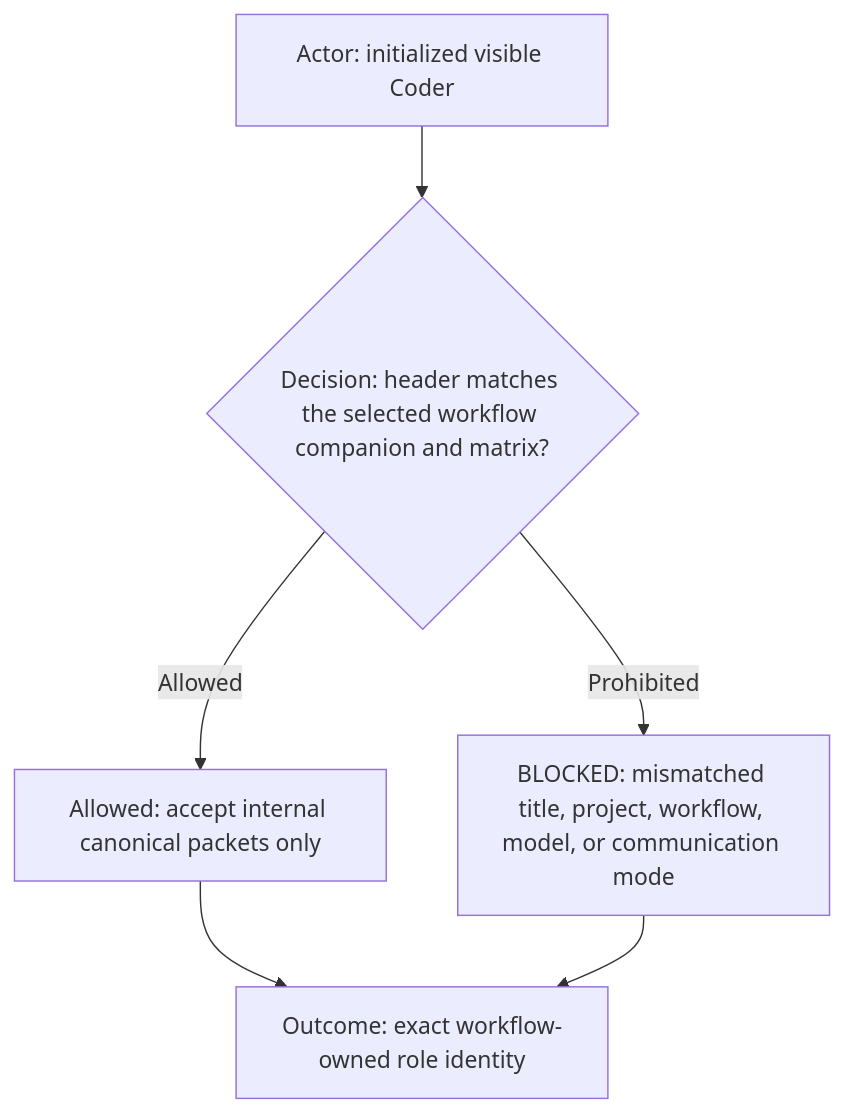
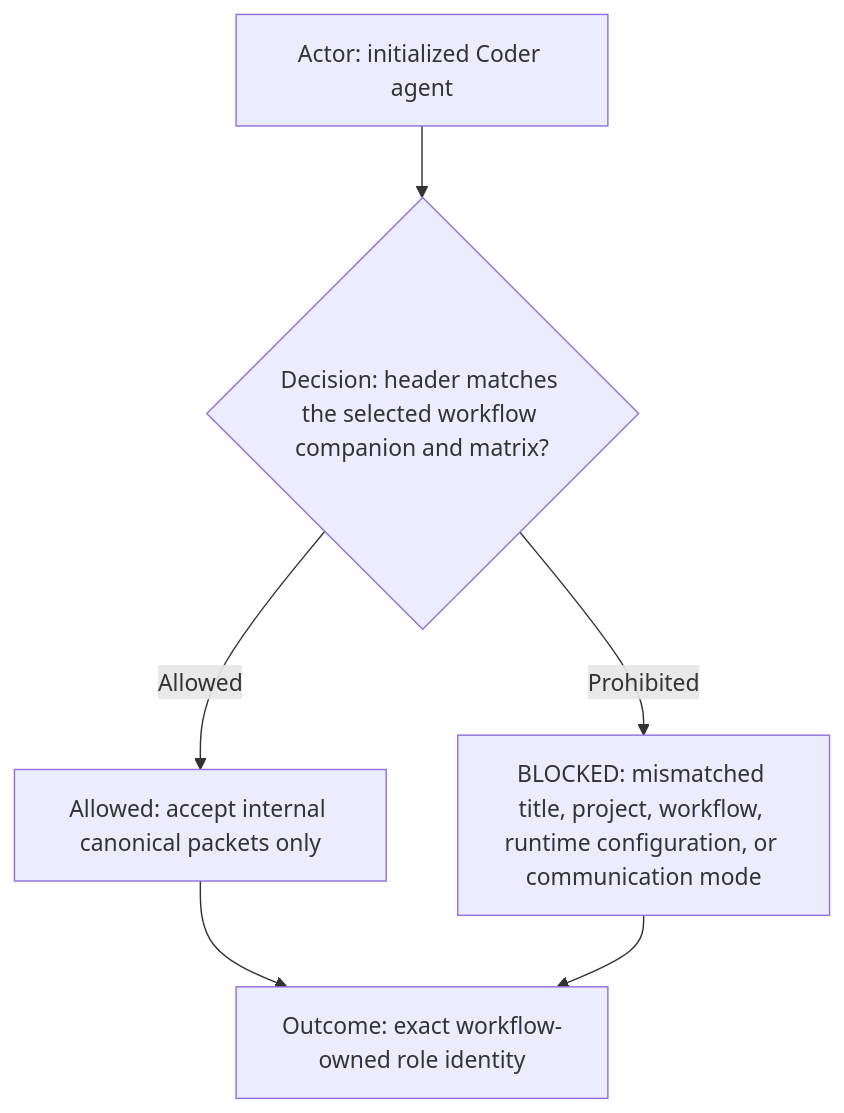
Before and after one commit to starodubtsevconsulting/ai-fleas: the first of 10 diagrams in ai-workflows/_common/roles/coder.md, drawn with Mermaid. The commit also changed other lines of this file and 15 other files, not shown here.

````diff
--- a/ai-workflows/_common/roles/coder.md
+++ b/ai-workflows/_common/roles/coder.md
@@ -12,8 +12,8 @@
 ```mermaid
 flowchart TD
-  Actor["Actor: initialized visible Coder"] --> Decision{"Decision: header matches the selected workflow companion and matrix?"}
+  Actor["Actor: initialized Coder agent"] --> Decision{"Decision: header matches the selected workflow companion and matrix?"}
   Decision -->|Allowed| Route["Allowed: accept internal canonical packets only"]
-  Decision -->|Prohibited| Blocked["BLOCKED: mismatched title, project, workflow, model, or communication mode"]
+  Decision -->|Prohibited| Blocked["BLOCKED: mismatched title, project, workflow, runtime configuration, or communication mode"]
   Route --> Outcome["Outcome: exact workflow-owned role identity"]
   Blocked --> Outcome
 ```
````
